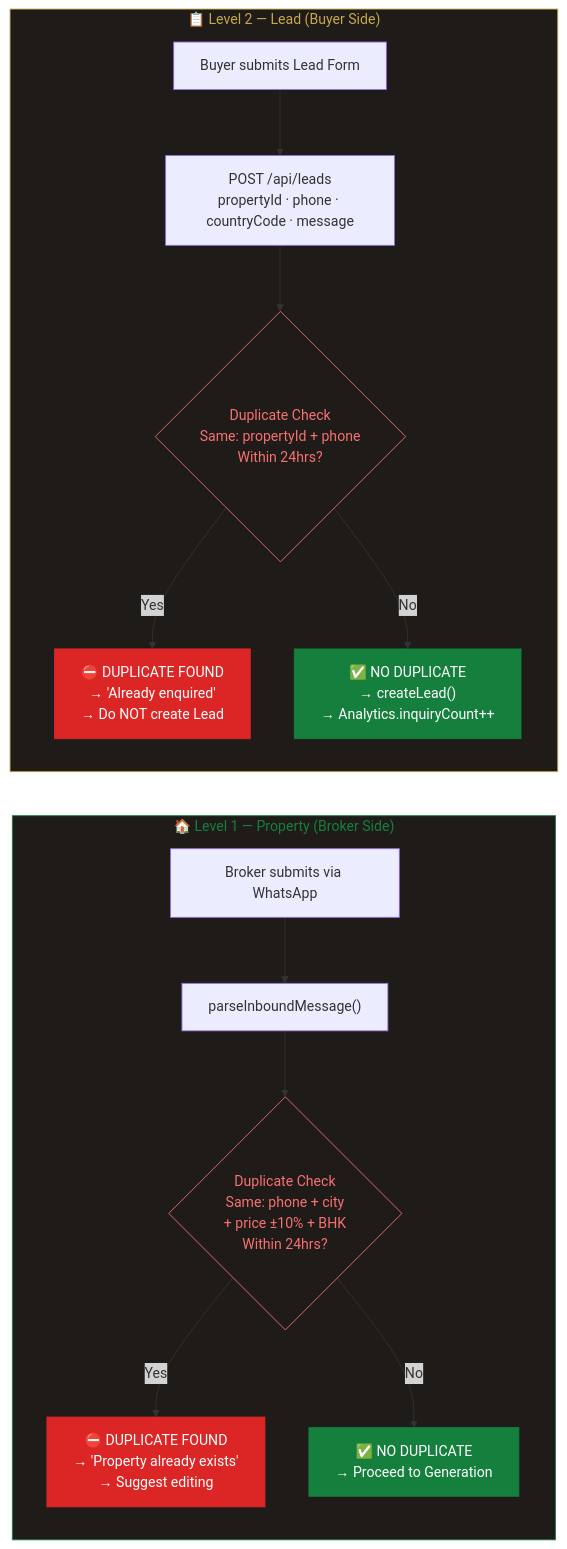
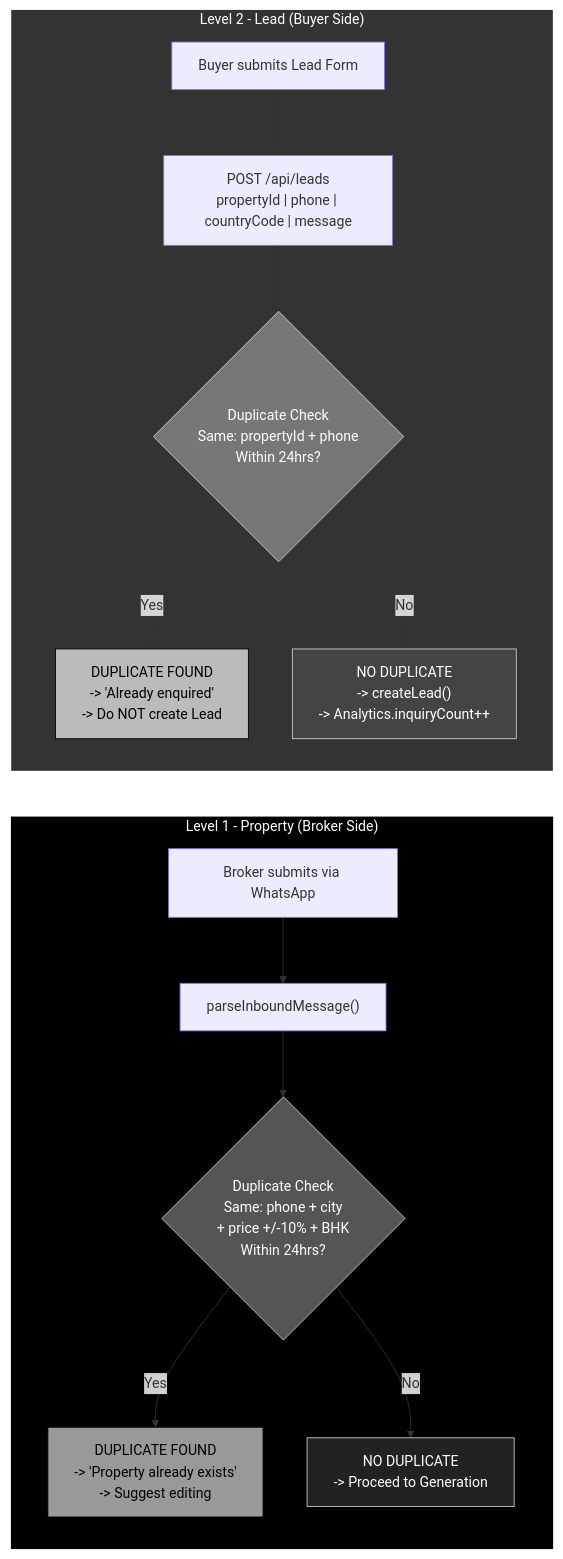
Diagram 12 of 16 in README.md (DeadCoder-N/Soryvanta), drawn with Mermaid before and after one commit. The commit also changed other lines of this file, not shown here.

````diff
--- a/README.md
+++ b/README.md
@@ -962,37 +962,37 @@
 ```mermaid
 flowchart LR
-    subgraph PROPERTY_LEVEL["🏠 Level 1 — Property (Broker Side)"]
+    subgraph PROPERTY_LEVEL["Level 1 - Property (Broker Side)"]
         direction TB
         P_INPUT["Broker submits via WhatsApp"]
         P_PARSE["parseInboundMessage()"]
-        P_CHECK{"Duplicate Check<br/>Same: phone + city<br/>+ price ±10% + BHK<br/>Within 24hrs?"}
-        P_DUP["⛔ DUPLICATE FOUND<br/>→ 'Property already exists'<br/>→ Suggest editing"]
-        P_NEW["✅ NO DUPLICATE<br/>→ Proceed to Generation"]
-        
+        P_CHECK{"Duplicate Check<br/>Same: phone + city<br/>+ price +/-10% + BHK<br/>Within 24hrs?"}
+        P_DUP["DUPLICATE FOUND<br/>-> 'Property already exists'<br/>-> Suggest editing"]
+        P_NEW["NO DUPLICATE<br/>-> Proceed to Generation"]
+
         P_INPUT --> P_PARSE --> P_CHECK
         P_CHECK -->|Yes| P_DUP
         P_CHECK -->|No| P_NEW
     end
 
-    subgraph LEAD_LEVEL["📋 Level 2 — Lead (Buyer Side)"]
+    subgraph LEAD_LEVEL["Level 2 - Lead (Buyer Side)"]
         direction TB
         L_INPUT["Buyer submits Lead Form"]
-        L_API["POST /api/leads<br/>propertyId · phone · countryCode · message"]
+        L_API["POST /api/leads<br/>propertyId | phone | countryCode | message"]
         L_CHECK{"Duplicate Check<br/>Same: propertyId + phone<br/>Within 24hrs?"}
-        L_DUP["⛔ DUPLICATE FOUND<br/>→ 'Already enquired'<br/>→ Do NOT create Lead"]
-        L_NEW["✅ NO DUPLICATE<br/>→ createLead()<br/>→ Analytics.inquiryCount++"]
-        
+        L_DUP["DUPLICATE FOUND<br/>-> 'Already enquired'<br/>-> Do NOT create Lead"]
+        L_NEW["NO DUPLICATE<br/>-> createLead()<br/>-> Analytics.inquiryCount++"]
+
         L_INPUT --> L_API --> L_CHECK
         L_CHECK -->|Yes| L_DUP
         L_CHECK -->|No| L_NEW
     end
 
-    style PROPERTY_LEVEL fill:#1e1b18,color:#15803D,stroke:#15803D
-    style LEAD_LEVEL fill:#1e1b18,color:#C9A84C,stroke:#C9A84C
-    style P_CHECK fill:#1e1b18,color:#f87171,stroke:#f87171
-    style L_CHECK fill:#1e1b18,color:#f87171,stroke:#f87171
-    style P_DUP fill:#DC2626,color:#fff,stroke:#DC2626
-    style L_DUP fill:#DC2626,color:#fff,stroke:#DC2626
-    style P_NEW fill:#15803D,color:#fff,stroke:#15803D
-    style L_NEW fill:#15803D,color:#fff,stroke:#15803D
+    style PROPERTY_LEVEL fill:#000,color:#fff,stroke:#fff,stroke-width:2px
+    style LEAD_LEVEL fill:#333,color:#fff,stroke:#fff,stroke-width:2px
+    style P_CHECK fill:#555,color:#fff,stroke:#ccc
+    style L_CHECK fill:#777,color:#fff,stroke:#ccc
+    style P_DUP fill:#999,color:#000,stroke:#000
+    style L_DUP fill:#bbb,color:#000,stroke:#000
+    style P_NEW fill:#222,color:#fff,stroke:#ccc
+    style L_NEW fill:#444,color:#fff,stroke:#ccc
 ```
````
